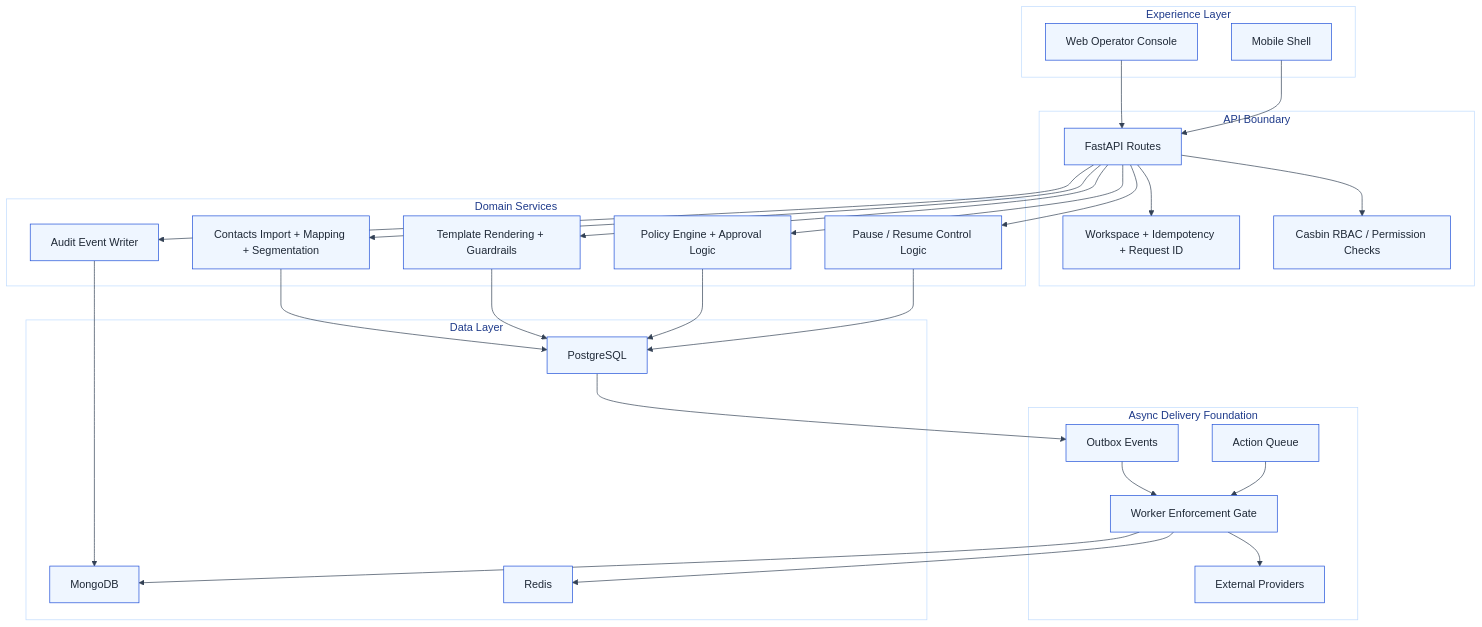
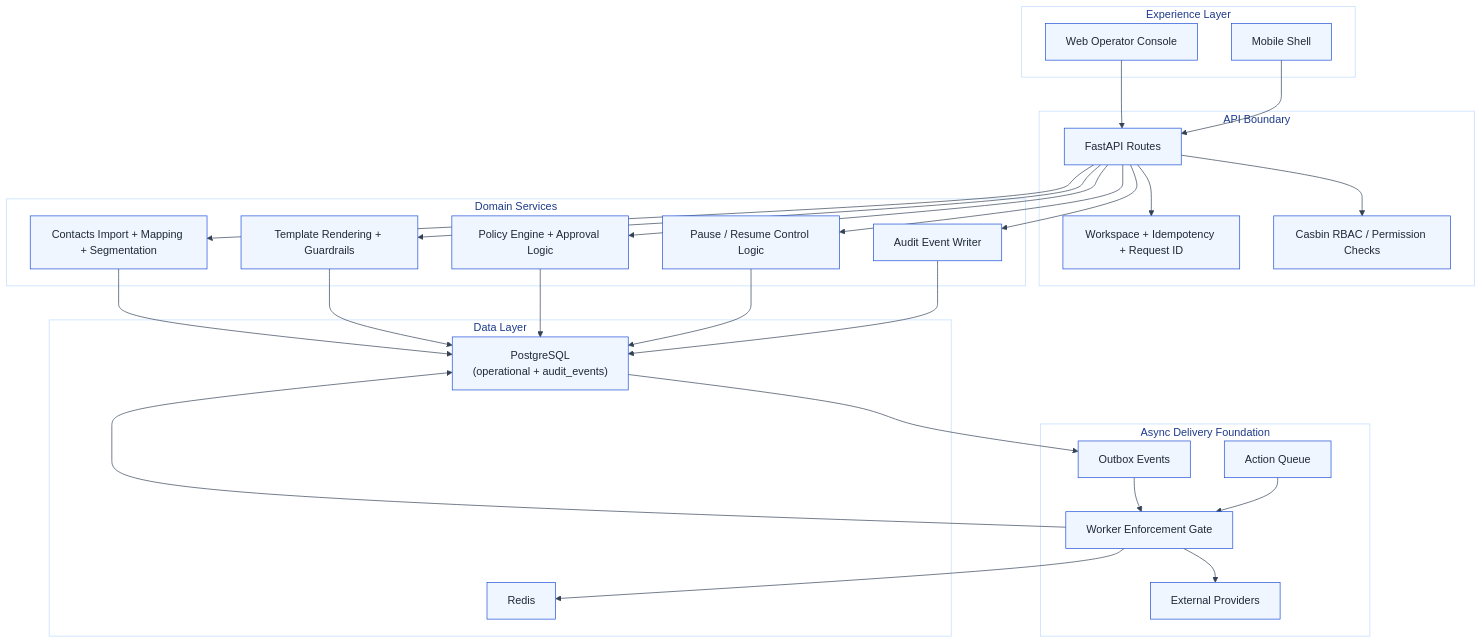
Before and after one commit to karthikrchandran/SignalLoop: the diagram in docs/architecture/architecture-stories.md, drawn with Mermaid. The commit also changed other lines of this file and 110 other files, not shown here.

````diff
--- a/docs/architecture/architecture-stories.md
+++ b/docs/architecture/architecture-stories.md
@@ -105,56 +105,55 @@
 ```mermaid
 %%{init: {"theme": "base", "themeVariables": {"primaryColor": "#EFF6FF", "primaryTextColor": "#1F2937", "primaryBorderColor": "#1D4ED8", "lineColor": "#334155", "secondaryColor": "#F3F4F6", "secondaryTextColor": "#1F2937", "tertiaryColor": "#DBEAFE", "tertiaryTextColor": "#1E3A8A", "background": "#F9FAFB", "clusterBkg": "#FFFFFF", "clusterBorder": "#BFDBFE", "fontFamily": "Inter, Segoe UI, sans-serif"}}}%%
 flowchart TB
     subgraph Experience["Experience Layer"]
         Web["Web Operator Console"]
         Mobile["Mobile Shell"]
     end
 
     subgraph APIBoundary["API Boundary"]
         Routes["FastAPI Routes"]
         Context["Workspace + Idempotency + Request ID"]
         Authz["Casbin RBAC / Permission Checks"]
     end
 
     subgraph Domain["Domain Services"]
         Contacts["Contacts Import + Mapping + Segmentation"]
         Templates["Template Rendering + Guardrails"]
         Policies["Policy Engine + Approval Logic"]
         Controls["Pause / Resume Control Logic"]
         Audit["Audit Event Writer"]
     end
 
     subgraph Data["Data Layer"]
-        Postgres["PostgreSQL"]
-        Mongo["MongoDB"]
+        Postgres["PostgreSQL\n(operational + audit_events)"]
         Redis["Redis"]
     end
 
     subgraph Async["Async Delivery Foundation"]
         Outbox["Outbox Events"]
         Queue["Action Queue"]
         Worker["Worker Enforcement Gate"]
         Providers["External Providers"]
     end
 
     Web --> Routes
     Mobile --> Routes
     Routes --> Context
     Routes --> Authz
     Routes --> Contacts
     Routes --> Templates
     Routes --> Policies
     Routes --> Controls
     Routes --> Audit
     Contacts --> Postgres
     Templates --> Postgres
     Policies --> Postgres
     Controls --> Postgres
-    Audit --> Mongo
+    Audit --> Postgres
     Postgres --> Outbox
     Outbox --> Worker
     Queue --> Worker
     Worker --> Providers
-    Worker --> Mongo
+    Worker --> Postgres
     Worker --> Redis
 ```
````
